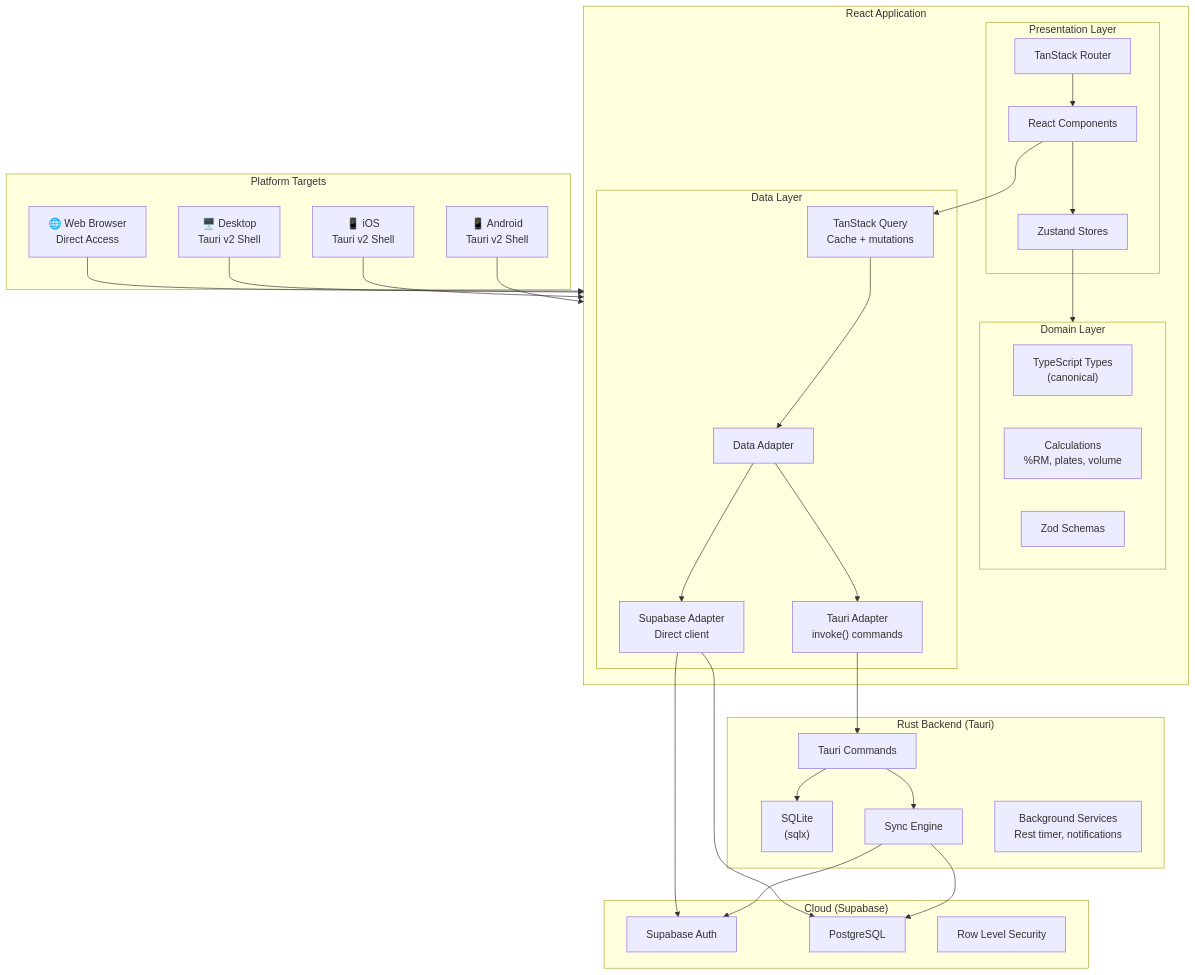
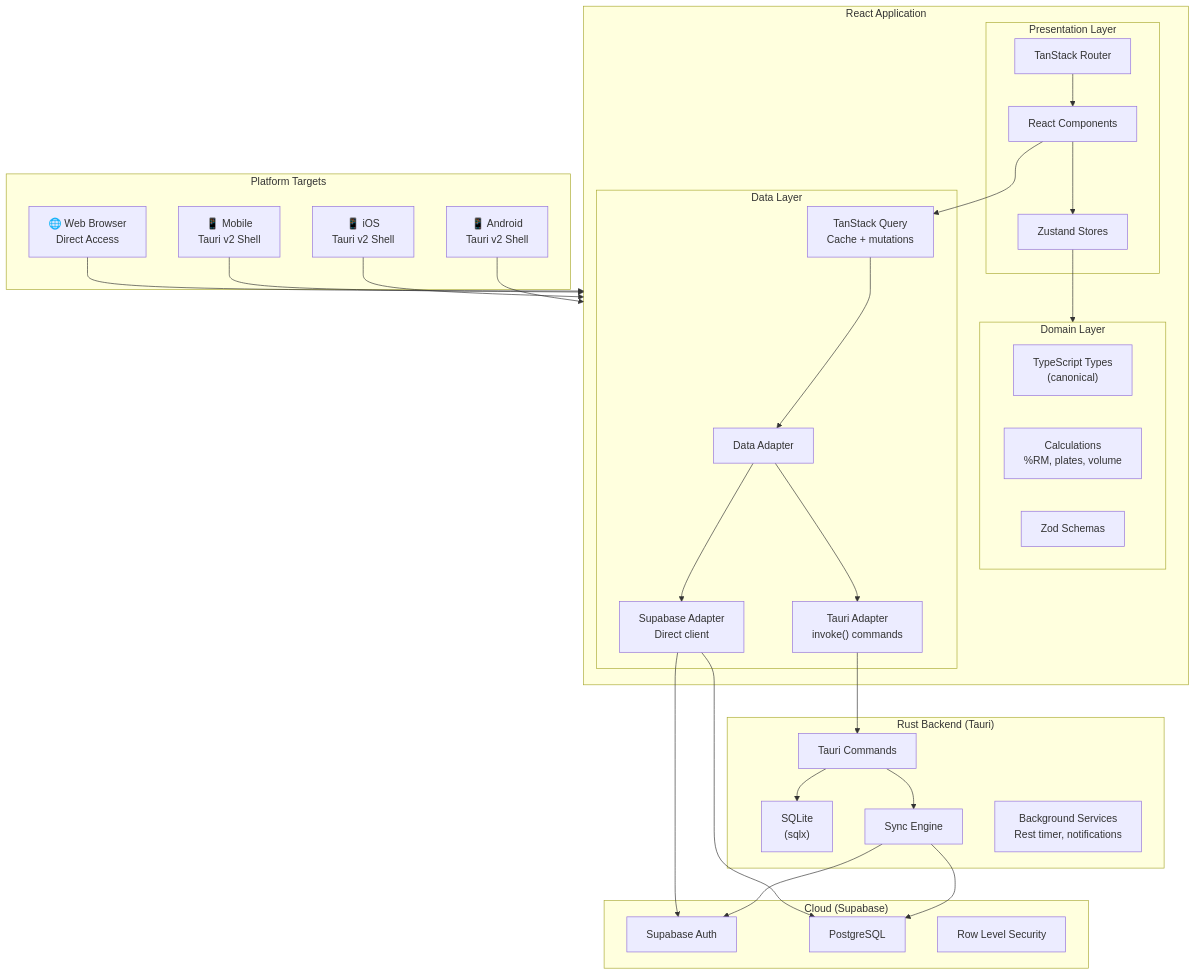
The first of 16 diagrams in docs/07-architecture.md (rghsoftware/ardent-forge), drawn with Mermaid before and after one commit. The commit also changed other lines of this file and 45 other files, not shown here.

First line of the commit message:
docs(terminology): replace all desktop references -- web + mobile only

````diff
--- a/docs/07-architecture.md
+++ b/docs/07-architecture.md
@@ -11,66 +11,66 @@
 ```mermaid
 flowchart TB
     subgraph Clients["Platform Targets"]
         Android["📱 Android<br/>Tauri v2 Shell"]
         iOS["📱 iOS<br/>Tauri v2 Shell"]
-        Desktop["🖥️ Desktop<br/>Tauri v2 Shell"]
+        Mobile["📱 Mobile<br/>Tauri v2 Shell"]
         Browser["🌐 Web Browser<br/>Direct Access"]
     end
 
     subgraph ReactApp["React Application"]
         subgraph Presentation["Presentation Layer"]
             Routes["TanStack Router"]
             Components["React Components"]
             Stores["Zustand Stores"]
         end
 
         subgraph DomainLayer["Domain Layer"]
             Types["TypeScript Types<br/>(canonical)"]
             Calculations["Calculations<br/>%RM, plates, volume"]
             Validation["Zod Schemas"]
         end
 
         subgraph DataLayer["Data Layer"]
             Adapter["Data Adapter"]
             TauriAdapter["Tauri Adapter<br/>invoke() commands"]
             SupabaseAdapter["Supabase Adapter<br/>Direct client"]
             QueryLayer["TanStack Query<br/>Cache + mutations"]
         end
     end
 
     subgraph RustBackend["Rust Backend (Tauri)"]
         Commands["Tauri Commands"]
         SQLite["SQLite<br/>(sqlx)"]
         SyncEngine["Sync Engine"]
         Background["Background Services<br/>Rest timer, notifications"]
     end
 
     subgraph Cloud["Cloud (Supabase)"]
         Auth["Supabase Auth"]
         Postgres["PostgreSQL"]
         RLS["Row Level Security"]
     end
 
     Android --> ReactApp
     iOS --> ReactApp
-    Desktop --> ReactApp
+    Mobile --> ReactApp
     Browser --> ReactApp
 
     Routes --> Components
     Components --> Stores
     Components --> QueryLayer
     Stores --> DomainLayer
     QueryLayer --> Adapter
 
     Adapter --> TauriAdapter
     Adapter --> SupabaseAdapter
 
     TauriAdapter --> Commands
     Commands --> SQLite
     Commands --> SyncEngine
     SyncEngine --> Auth
     SyncEngine --> Postgres
 
     SupabaseAdapter --> Auth
     SupabaseAdapter --> Postgres
 ```
````
